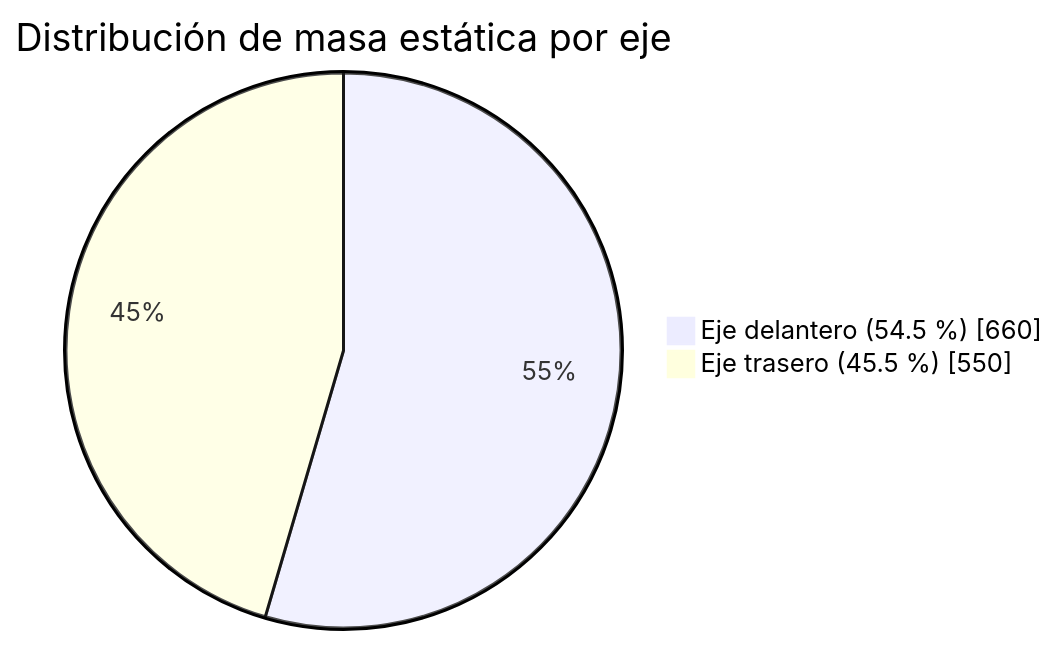
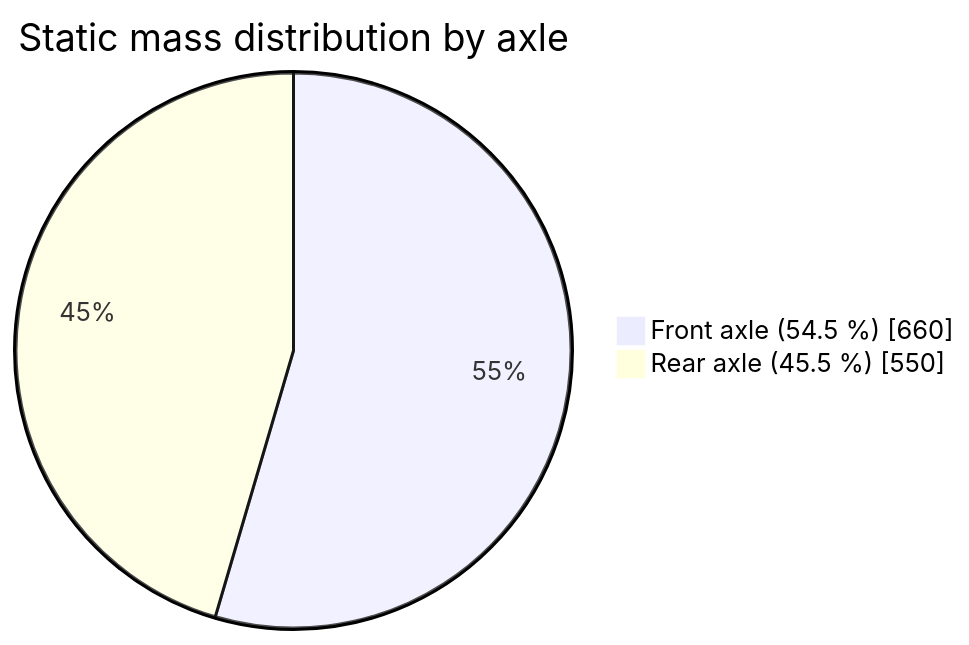
Before and after one commit to erchivox/Prometheus-Team-2026: the seventh of 18 diagrams in README.md, drawn with Mermaid. The commit also changed other lines of this file and 8 other files, not shown here.

````diff
--- a/README.md
+++ b/README.md
@@ -1254,6 +1254,6 @@
 ```mermaid
 pie showData
-    title Distribución de masa estática por eje
-    "Eje delantero (54.5 %)" : 660
-    "Eje trasero (45.5 %)" : 550
+    title Static mass distribution by axle
+    "Front axle (54.5 %)" : 660
+    "Rear axle (45.5 %)" : 550
 ```
````
